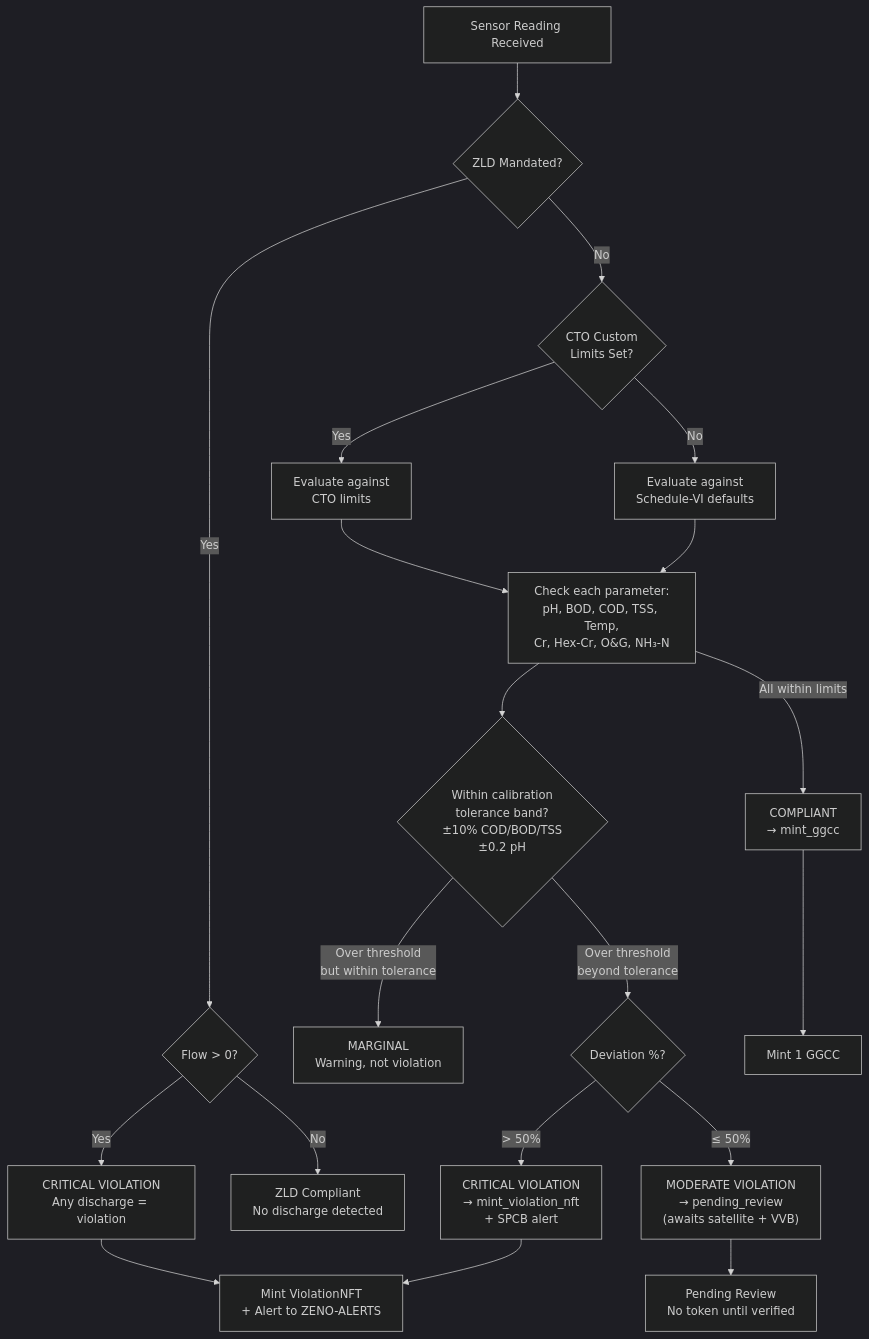
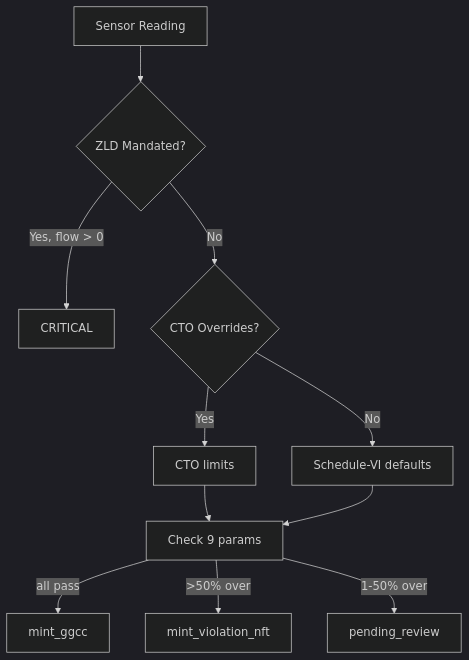
Before and after one commit to akash-mondal/zeno: the third of 3 diagrams in packages/blockchain/README.md, drawn with Mermaid (dark theme). The commit also changed other lines of this file and 13 other files, not shown here.

Commit message:
trim docs: delete redundant files, rewrite READMEs lean with mermaid diagrams

````diff
--- a/packages/blockchain/README.md
+++ b/packages/blockchain/README.md
@@ -113,32 +65,13 @@
 ```mermaid
 flowchart TD
-    START["Sensor Reading Received"] --> ZLD{"ZLD Mandated?"}
-
-    ZLD -->|Yes| FLOW{"Flow > 0?"}
-    FLOW -->|Yes| CRITICAL_ZLD["CRITICAL VIOLATION<br/>Any discharge = violation"]
-    FLOW -->|No| COMPLIANT_ZLD["ZLD Compliant<br/>No discharge detected"]
-
-    ZLD -->|No| CTO{"CTO Custom<br/>Limits Set?"}
-    CTO -->|Yes| EVAL_CTO["Evaluate against<br/>CTO limits"]
-    CTO -->|No| EVAL_VI["Evaluate against<br/>Schedule-VI defaults"]
-
-    EVAL_CTO --> CHECK
+    START[Sensor Reading] --> ZLD{ZLD Mandated?}
+    ZLD -->|Yes, flow > 0| CRIT_ZLD[CRITICAL]
+    ZLD -->|No| CTO{CTO Overrides?}
+    CTO -->|Yes| EVAL_CTO[CTO limits]
+    CTO -->|No| EVAL_VI[Schedule-VI defaults]
+    EVAL_CTO --> CHECK[Check 9 params]
     EVAL_VI --> CHECK
-
-    CHECK["Check each parameter:<br/>pH, BOD, COD, TSS, Temp,<br/>Cr, Hex-Cr, O&G, NH₃-N"]
-
-    CHECK --> TOLERANCE{"Within calibration<br/>tolerance band?<br/>±10% COD/BOD/TSS<br/>±0.2 pH"}
-
-    TOLERANCE -->|"Over threshold<br/>but within tolerance"| MARGINAL["MARGINAL<br/>Warning, not violation"]
-    TOLERANCE -->|"Over threshold<br/>beyond tolerance"| SEVERITY{"Deviation %?"}
-
-    SEVERITY -->|"≤ 50%"| MODERATE["MODERATE VIOLATION<br/>→ pending_review<br/>(awaits satellite + VVB)"]
-    SEVERITY -->|"> 50%"| CRITICAL["CRITICAL VIOLATION<br/>→ mint_violation_nft<br/>+ SPCB alert"]
-
-    CHECK -->|"All within limits"| PASS["COMPLIANT<br/>→ mint_ggcc"]
-
-    CRITICAL_ZLD --> NFT["Mint ViolationNFT<br/>+ Alert to ZENO-ALERTS"]
-    CRITICAL --> NFT
-    PASS --> GGCC["Mint 1 GGCC"]
-    MODERATE --> REVIEW["Pending Review<br/>No token until verified"]
+    CHECK -->|all pass| MINT_GGCC[mint_ggcc]
+    CHECK -->|>50% over| MINT_VIOL[mint_violation_nft]
+    CHECK -->|1-50% over| REVIEW[pending_review]
 ```
````
